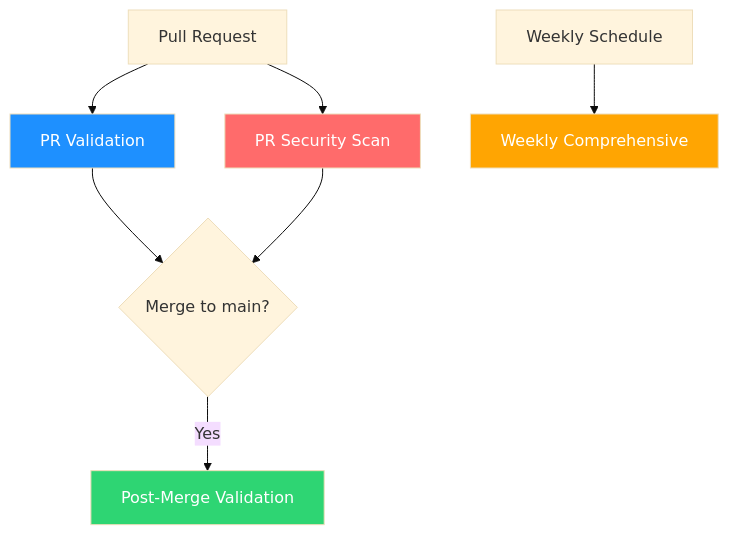
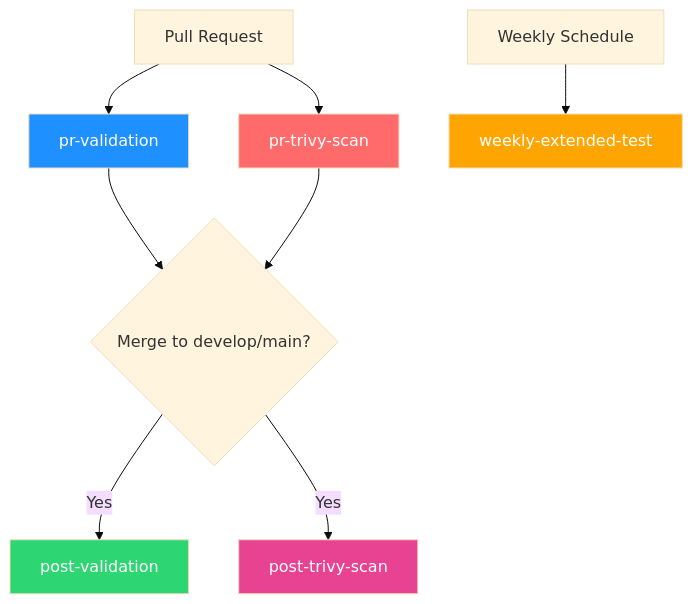
The diagram in docs/guides/ci_cd_guide.md (yaoki-dev/api-test-devops-portfolio), drawn with Mermaid (base theme) before and after one commit. The commit also changed other lines of this file and 2 other files, not shown here.

````diff
--- a/docs/guides/ci_cd_guide.md
+++ b/docs/guides/ci_cd_guide.md
@@ -9,14 +9,16 @@
 ```mermaid
 graph TB
-    PR[Pull Request] --> PV[PR Validation]
-    PR --> PS[PR Security Scan]
-    PV --> Merge{Merge to main?}
+    PR[Pull Request] --> PV[pr-validation]
+    PR --> PS[pr-trivy-scan]
+    PV --> Merge{Merge to develop/main?}
     PS --> Merge
-    Merge -->|Yes| PM[Post-Merge Validation]
-    Weekly[Weekly Schedule] --> WC[Weekly Comprehensive]
+    Merge -->|Yes| PoV[post-validation]
+    Merge -->|Yes| PoS[post-trivy-scan]
+    Weekly[Weekly Schedule] --> WC[weekly-extended-test]
 
     style PV fill:#1e90ff,color:#fff
     style PS fill:#ff6b6b,color:#fff
-    style PM fill:#2ed573,color:#fff
+    style PoV fill:#2ed573,color:#fff
+    style PoS fill:#e84393,color:#fff
     style WC fill:#ffa502,color:#fff
 ```
````
